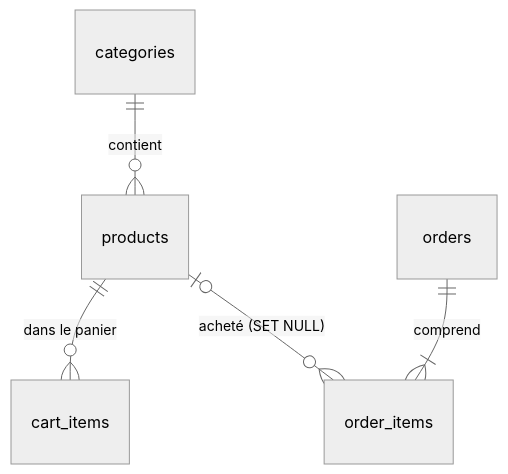
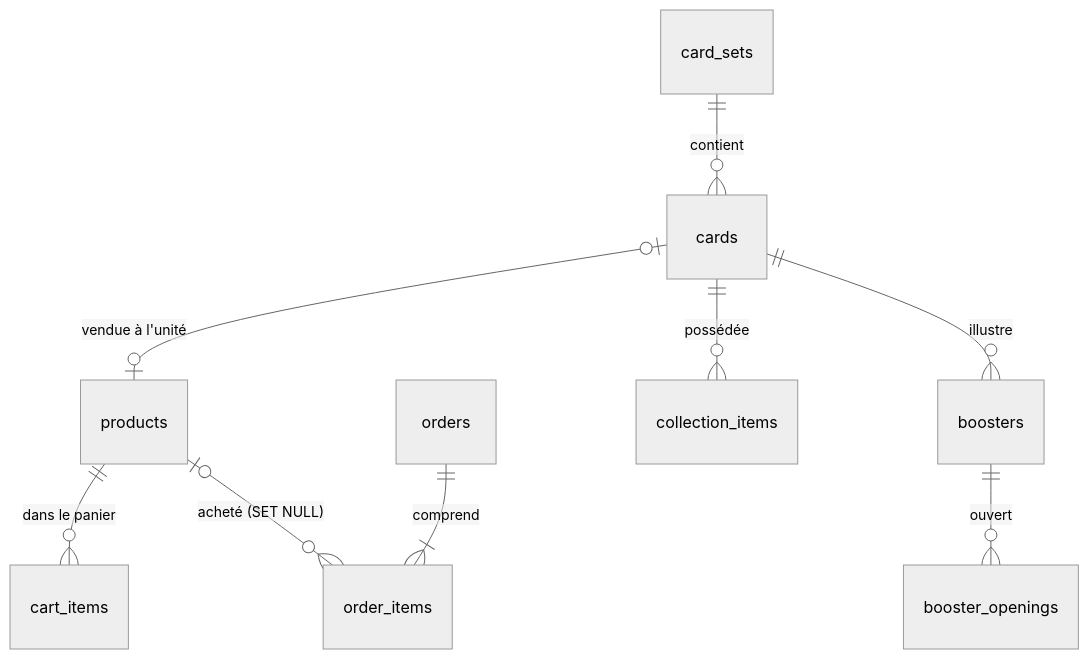
One commit to redarcepsi/workshop-novashop changed the second of 3 diagrams in documents/modele-de-donnees.md. Above: the diagram before and after it, drawn with Mermaid (neutral theme). The commit also changed other lines of this file and 91 other files, not shown here.

Commit message:
Refonte de la boutique : NovaShop devient PokéBling (cartes Pokémon, PokéDollars, boosters, collection)

````diff
--- a/documents/modele-de-donnees.md
+++ b/documents/modele-de-donnees.md
@@ -42,7 +46,11 @@
 ```mermaid
 erDiagram
-    categories ||--o{ products : contient
+    card_sets ||--o{ cards : contient
+    cards |o--o| products : "vendue à l'unité"
     products ||--o{ cart_items : "dans le panier"
     orders ||--|{ order_items : comprend
     products |o--o{ order_items : "acheté (SET NULL)"
+    cards ||--o{ collection_items : "possédée"
+    cards ||--o{ boosters : "illustre"
+    boosters ||--o{ booster_openings : "ouvert"
 ```
````
